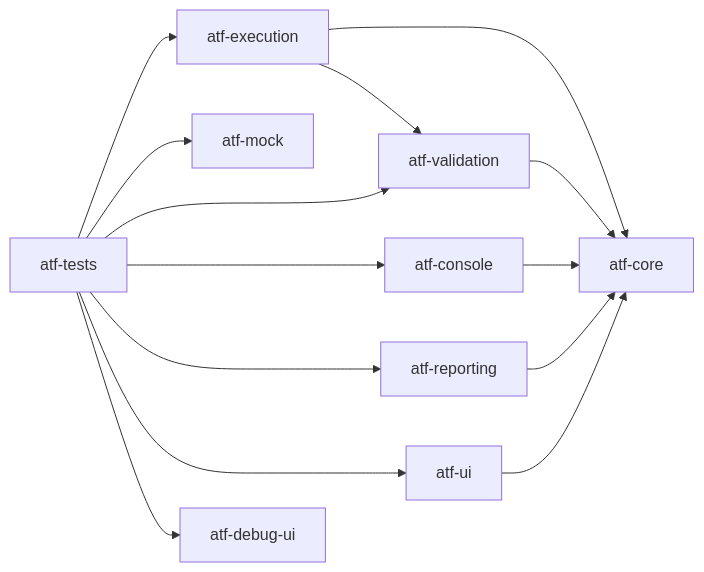
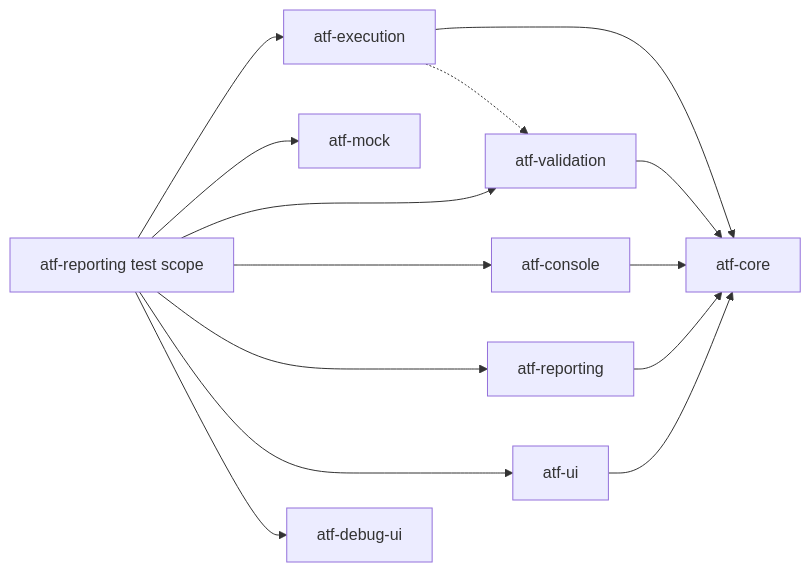
One commit to crististefanita/demo2 changed the third of 5 diagrams in README.md. Above: the diagram before and after it, drawn with Mermaid. The commit also changed other lines of this file and 647 other files, not shown here.

````diff
--- a/README.md
+++ b/README.md
@@ -132,16 +179,16 @@
 ```mermaid
 flowchart LR
-    Tests[atf-tests] --> Execution[atf-execution]
+    Tests[atf-reporting test scope] --> Execution[atf-execution]
     Tests --> Mock[atf-mock]
     Tests --> Validation[atf-validation]
     Tests --> Console[atf-console]
     Tests --> Reporting[atf-reporting]
     Tests --> Ui[atf-ui]
     Tests --> DebugUi[atf-debug-ui]
     Execution --> Core[atf-core]
-    Execution --> Validation
+    Execution -.-> Validation
     Validation --> Core
     Console --> Core
     Reporting --> Core
     Ui --> Core
 ```
````
